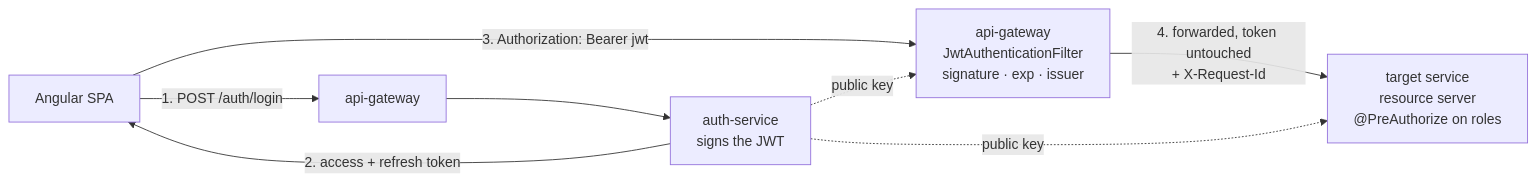
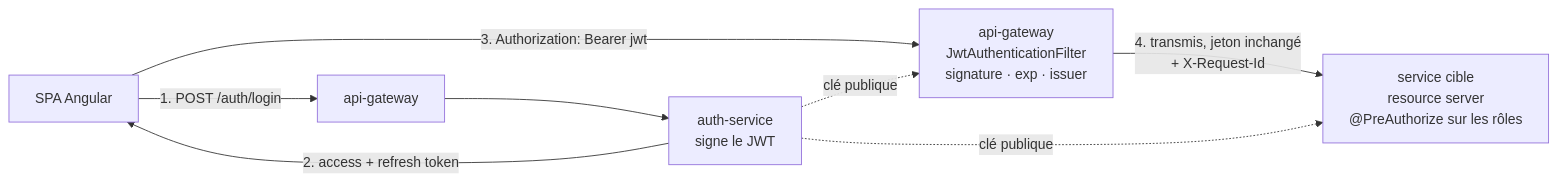
Before and after one commit to zakaech/logistics-microservices-platform: the third of 4 diagrams in docs/01-architecture.md, drawn with Mermaid. The commit also changed other lines of this file and 108 other files, not shown here.

````diff
--- a/docs/01-architecture.md
+++ b/docs/01-architecture.md
@@ -179,10 +187,10 @@
 ```mermaid
 flowchart LR
-    A["Angular SPA"] -- "1. POST /auth/login" --> GW1["api-gateway"]
-    GW1 --> AS["auth-service<br/>signs the JWT"]
+    A["SPA Angular"] -- "1. POST /auth/login" --> GW1["api-gateway"]
+    GW1 --> AS["auth-service<br/>signe le JWT"]
     AS -- "2. access + refresh token" --> A
     A -- "3. Authorization: Bearer jwt" --> GW2["api-gateway<br/>JwtAuthenticationFilter<br/>signature · exp · issuer"]
-    GW2 -- "4. forwarded, token untouched<br/>+ X-Request-Id" --> SVC["target service<br/>resource server<br/>@PreAuthorize on roles"]
-    AS -. "public key" .-> GW2
-    AS -. "public key" .-> SVC
+    GW2 -- "4. transmis, jeton inchangé<br/>+ X-Request-Id" --> SVC["service cible<br/>resource server<br/>@PreAuthorize sur les rôles"]
+    AS -. "clé publique" .-> GW2
+    AS -. "clé publique" .-> SVC
 ```
````
